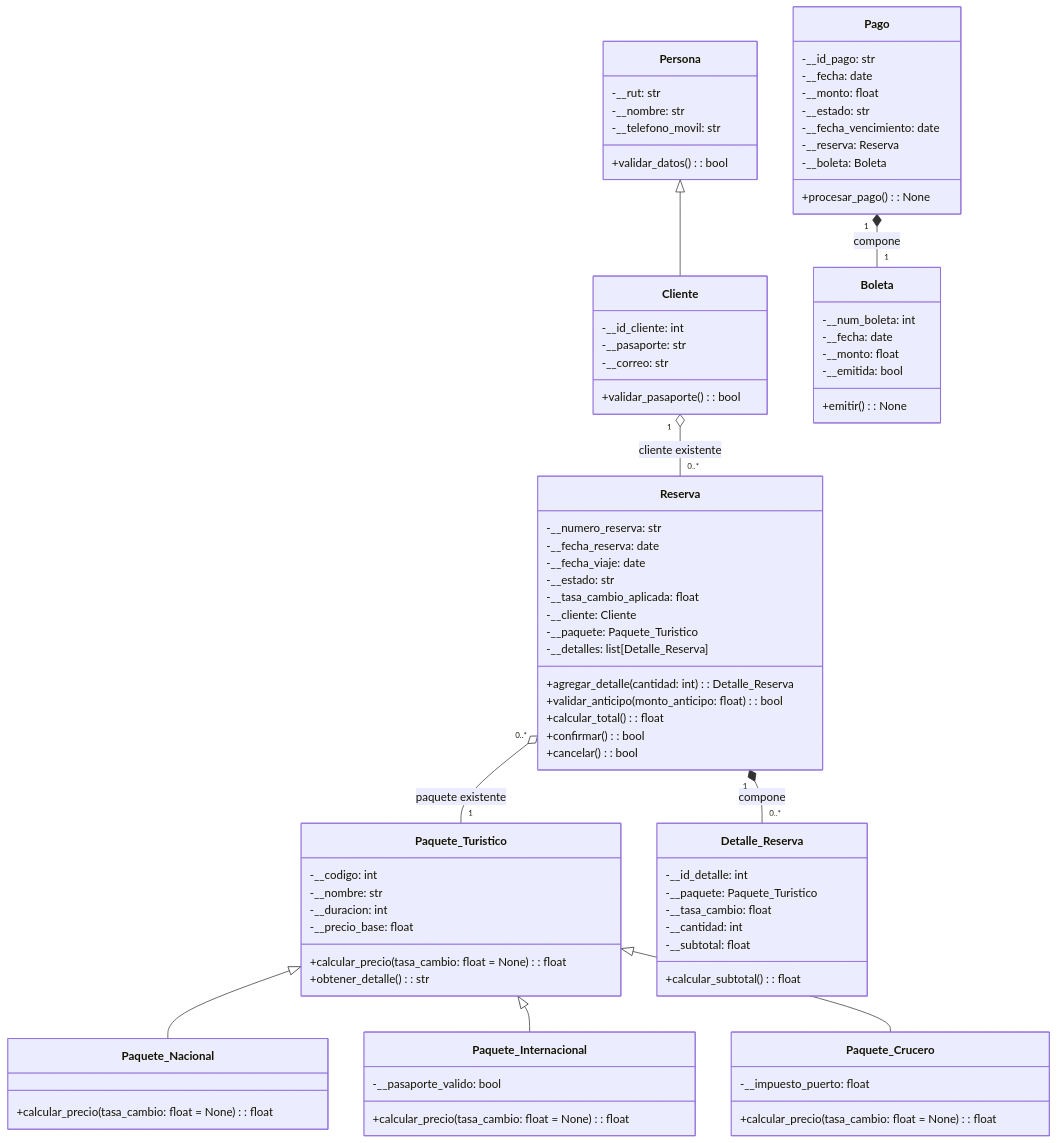
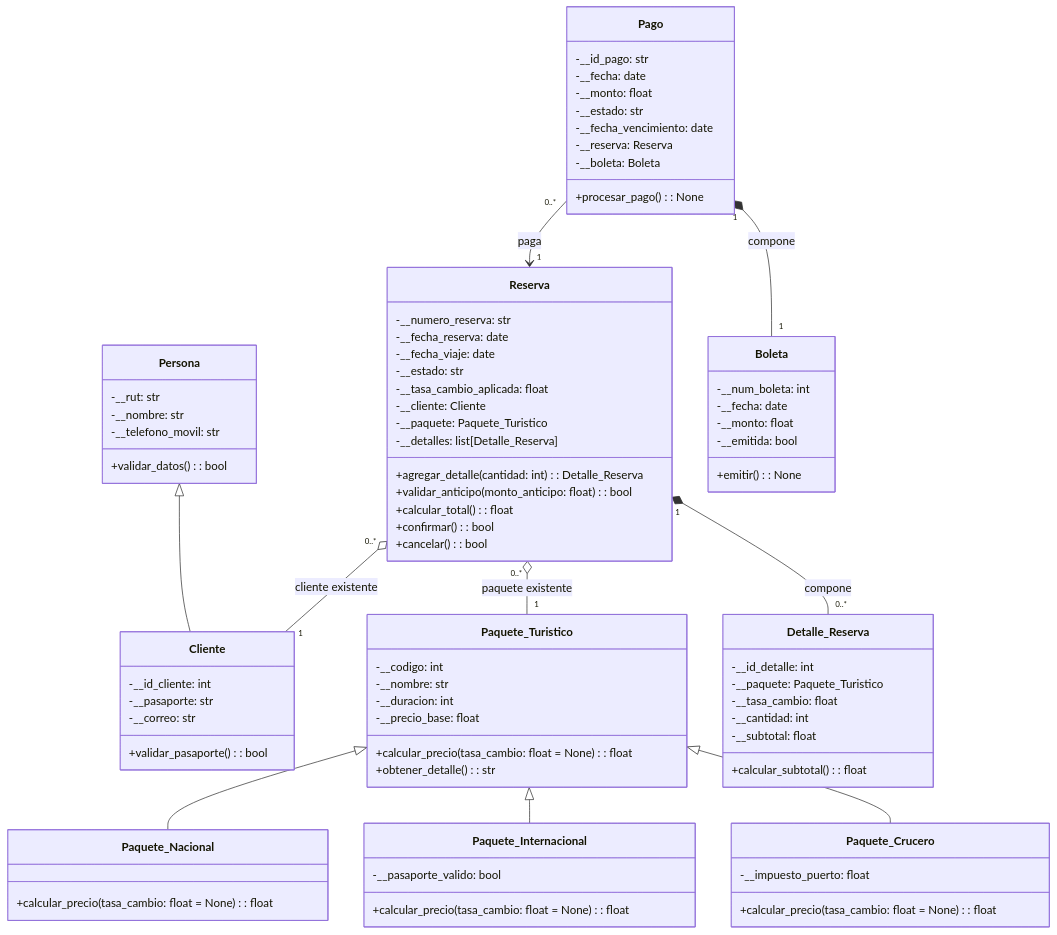
Before and after one commit to lutrizarom-spec/Agencia_Viajes-bluezons: the diagram in model/diagrama_paquetes.mmd, drawn with Mermaid. The commit also changed 1 other file, not shown here.

Commit message:
Actualiza main.py y fuente del diagrama de clases

```diff
--- a/model/diagrama_paquetes.mmd
+++ b/model/diagrama_paquetes.mmd
@@ -1,92 +1,94 @@
 classDiagram
 direction TB
 
 class Persona {
     -__rut: str
     -__nombre: str
     -__telefono_movil: str
     +validar_datos(): bool
 }
 
 class Cliente {
     -__id_cliente: int
     -__pasaporte: str
     -__correo: str
     +validar_pasaporte(): bool
 }
 
 class Paquete_Turistico {
     -__codigo: int
     -__nombre: str
     -__duracion: int
     -__precio_base: float
     +calcular_precio(tasa_cambio: float = None): float
     +obtener_detalle(): str
 }
 
 class Paquete_Nacional {
     +calcular_precio(tasa_cambio: float = None): float
 }
 
 class Paquete_Internacional {
     -__pasaporte_valido: bool
     +calcular_precio(tasa_cambio: float = None): float
 }
 
 class Paquete_Crucero {
     -__impuesto_puerto: float
     +calcular_precio(tasa_cambio: float = None): float
 }
 
 class Reserva {
     -__numero_reserva: str
     -__fecha_reserva: date
     -__fecha_viaje: date
     -__estado: str
     -__tasa_cambio_aplicada: float
     -__cliente: Cliente
     -__paquete: Paquete_Turistico
     -__detalles: list[Detalle_Reserva]
     +agregar_detalle(cantidad: int): Detalle_Reserva
     +validar_anticipo(monto_anticipo: float): bool
     +calcular_total(): float
     +confirmar(): bool
     +cancelar(): bool
 }
 
 class Detalle_Reserva {
     -__id_detalle: int
     -__paquete: Paquete_Turistico
     -__tasa_cambio: float
     -__cantidad: int
     -__subtotal: float
     +calcular_subtotal(): float
 }
 
 class Pago {
     -__id_pago: str
     -__fecha: date
     -__monto: float
     -__estado: str
     -__fecha_vencimiento: date
     -__reserva: Reserva
     -__boleta: Boleta
     +procesar_pago(): None
 }
 
 class Boleta {
     -__num_boleta: int
     -__fecha: date
     -__monto: float
     -__emitida: bool
     +emitir(): None
 }
 
 Persona <|-- Cliente
 Paquete_Turistico <|-- Paquete_Nacional
 Paquete_Turistico <|-- Paquete_Internacional
 Paquete_Turistico <|-- Paquete_Crucero
-Cliente "1" o-- "0..*" Reserva : cliente existente
+
+Reserva "0..*" o-- "1" Cliente : cliente existente
 Reserva "0..*" o-- "1" Paquete_Turistico : paquete existente
 Reserva "1" *-- "0..*" Detalle_Reserva : compone
 Pago "1" *-- "1" Boleta : compone
+Pago "0..*" --> "1" Reserva : paga
```
